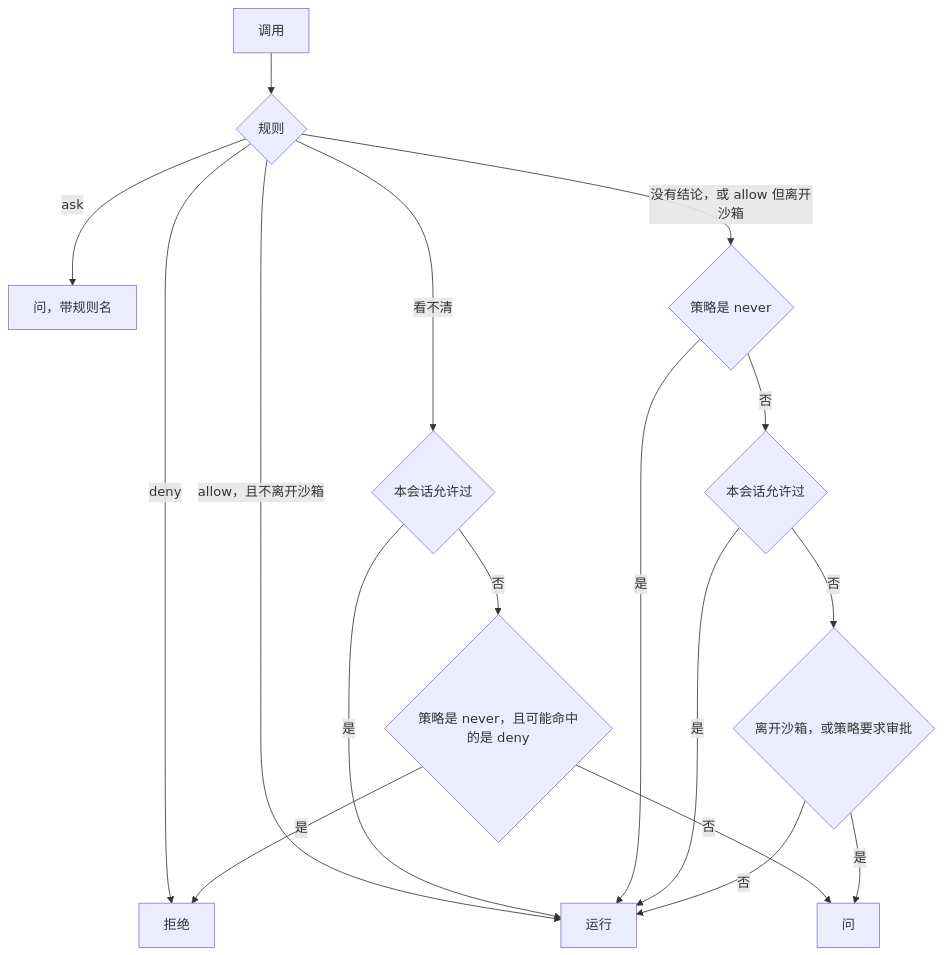
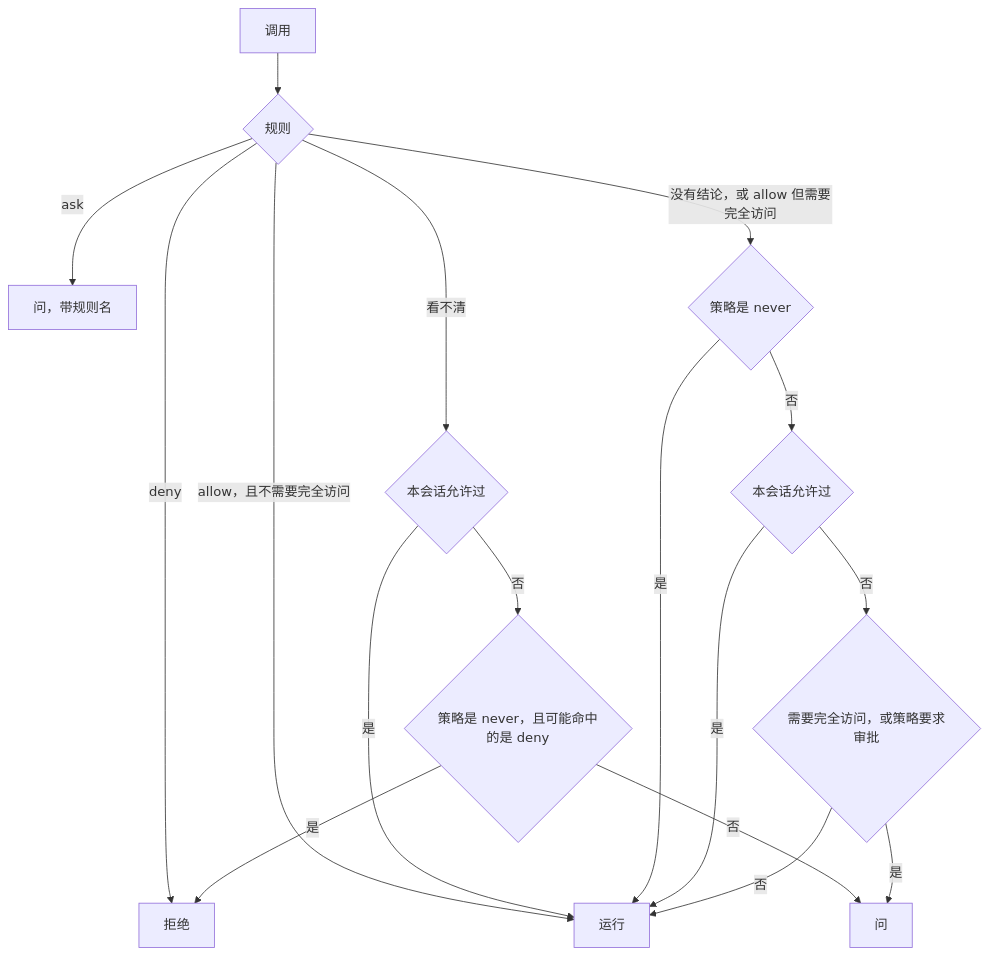
One commit to 0xfakeSpike/ollupi-docs changed the first of 2 diagrams in docs/zh/engine/permissions.md. Above: the diagram before and after it, drawn with Mermaid. The commit also changed other lines of this file and 16 other files, not shown here.

````diff
--- a/docs/zh/engine/permissions.md
+++ b/docs/zh/engine/permissions.md
@@ -45,19 +45,19 @@
 ```mermaid
 flowchart TD
   A["调用"] --> C{"规则"}
   C -- "deny" --> D["拒绝"]
   C -- "ask" --> E["问，带规则名"]
-  C -- "allow，且不离开沙箱" --> R["运行"]
+  C -- "allow，且不需要完全访问" --> R["运行"]
   C -- "看不清" --> F{"本会话允许过"}
   F -- "是" --> R
   F -- "否" --> F2{"策略是 never，且可能命中的是 deny"}
   F2 -- "是" --> D
   F2 -- "否" --> E2["问"]
-  C -- "没有结论，或 allow 但离开沙箱" --> N{"策略是 never"}
+  C -- "没有结论，或 allow 但需要完全访问" --> N{"策略是 never"}
   N -- "是" --> R
   N -- "否" --> G{"本会话允许过"}
   G -- "是" --> R
-  G -- "否" --> H{"离开沙箱，或策略要求审批"}
+  G -- "否" --> H{"需要完全访问，或策略要求审批"}
   H -- "是" --> E2
   H -- "否" --> R
 ```
````
